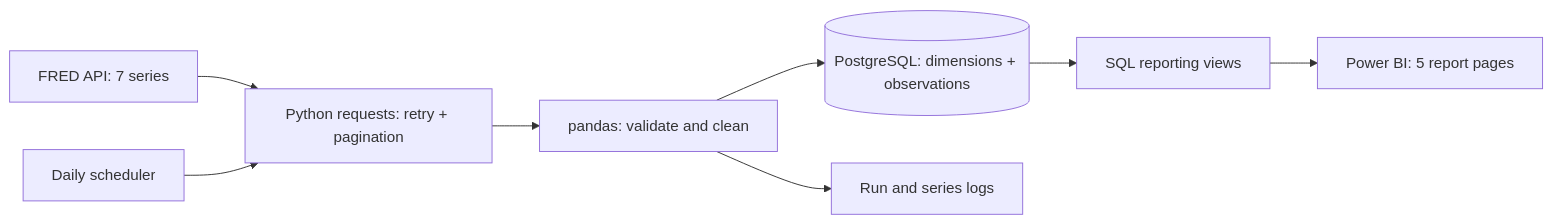
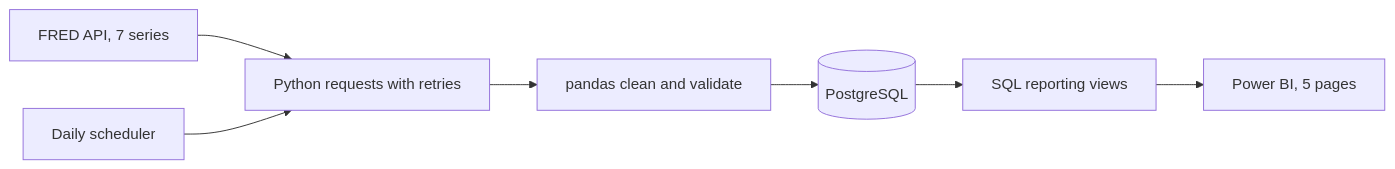
The diagram in README.md (Eyobed-Mamo/banking-economic-pipeline), drawn with Mermaid before and after one commit. The commit also changed other lines of this file, not shown here.

````diff
--- a/README.md
+++ b/README.md
@@ -9,10 +9,9 @@
 ```mermaid
 flowchart LR
-    A[FRED API: 7 series] --> B[Python requests: retry + pagination]
-    B --> C[pandas: validate and clean]
-    C --> D[(PostgreSQL: dimensions + observations)]
+    A[FRED API, 7 series] --> B[Python requests with retries]
+    B --> C[pandas clean and validate]
+    C --> D[(PostgreSQL)]
     D --> E[SQL reporting views]
-    E --> F[Power BI: 5 report pages]
-    C --> G[Run and series logs]
-    H[Daily scheduler] --> B
+    E --> F[Power BI, 5 pages]
+    G[Daily scheduler] --> B
 ```
````
